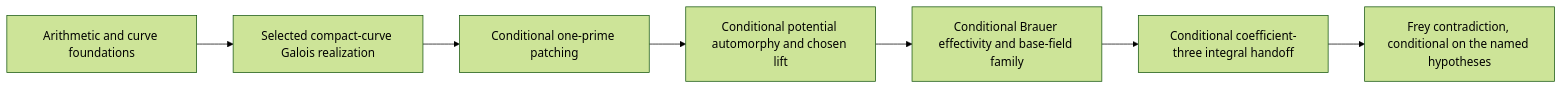
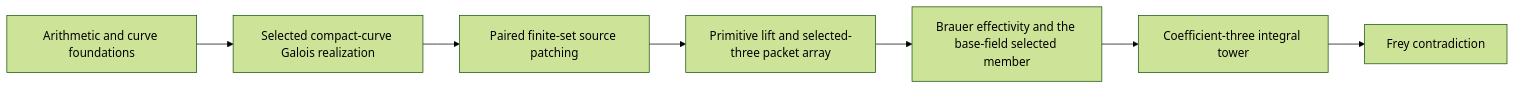
Before and after one commit to phulin/LastLib: the diagram in BOOK_DEPENDENCIES.md, drawn with Mermaid (forest theme). The commit also changed other lines of this file and 1 other file, not shown here.

Commit message:
docs(metadata): reconcile selected-three dependency spine

````diff
--- a/BOOK_DEPENDENCIES.md
+++ b/BOOK_DEPENDENCIES.md
@@ -18,9 +19,9 @@
 ```mermaid
 flowchart LR
     A["Arithmetic and curve foundations"] --> G["Selected compact-curve Galois realization"]
-    G --> P["Conditional one-prime patching"]
-    P --> M["Conditional potential automorphy and chosen lift"]
-    M --> B["Conditional Brauer effectivity and base-field family"]
-    B --> T["Conditional coefficient-three integral handoff"]
-    T --> F["Frey contradiction, conditional on the named hypotheses"]
+    G --> P["Paired finite-set source patching"]
+    P --> M["Primitive lift and selected-three packet array"]
+    M --> B["Brauer effectivity and the base-field selected member"]
+    B --> T["Coefficient-three integral tower"]
+    T --> F["Frey contradiction"]
 ```
````
